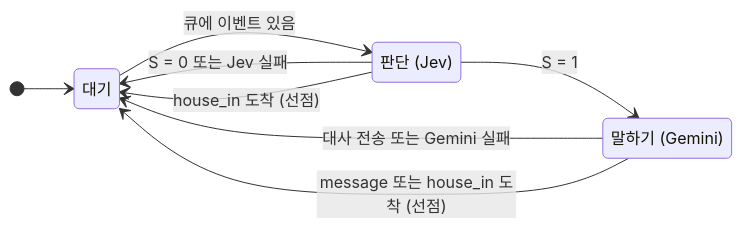
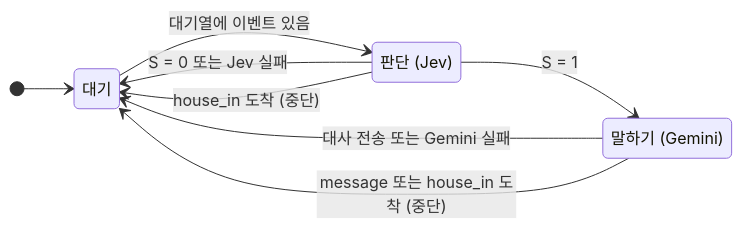
Before and after one commit to HEOSEONGILml/AssistantChatBot: the sixth of 10 diagrams in ARCHITECTURE.md, drawn with Mermaid. The commit also changed other lines of this file and 13 other files, not shown here.

````diff
--- a/ARCHITECTURE.md
+++ b/ARCHITECTURE.md
@@ -271,14 +273,14 @@
 ```mermaid
 stateDiagram-v2
   direction LR
   state "대기" as Idle
   state "판단 (Jev)" as Judging
   state "말하기 (Gemini)" as Speaking
   [*] --> Idle
-  Idle --> Judging: 큐에 이벤트 있음
+  Idle --> Judging: 대기열에 이벤트 있음
   Judging --> Idle: S = 0 또는 Jev 실패
   Judging --> Speaking: S = 1
   Speaking --> Idle: 대사 전송 또는 Gemini 실패
-  Judging --> Idle: house_in 도착 (선점)
-  Speaking --> Idle: message 또는 house_in 도착 (선점)
+  Judging --> Idle: house_in 도착 (중단)
+  Speaking --> Idle: message 또는 house_in 도착 (중단)
 ```
````
